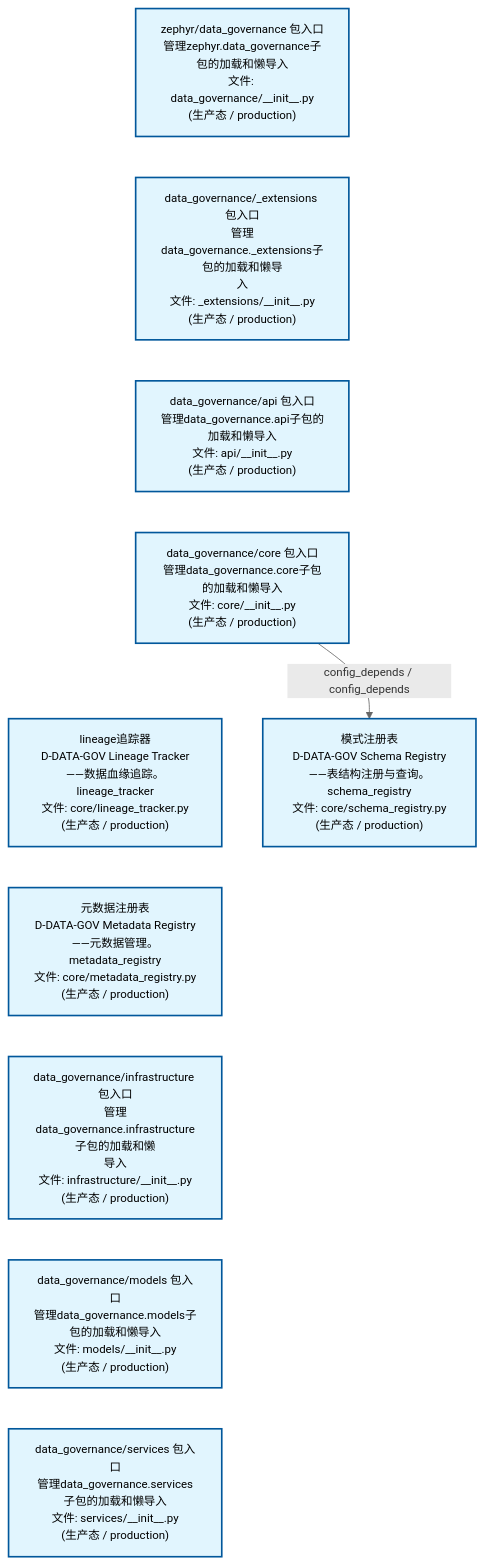
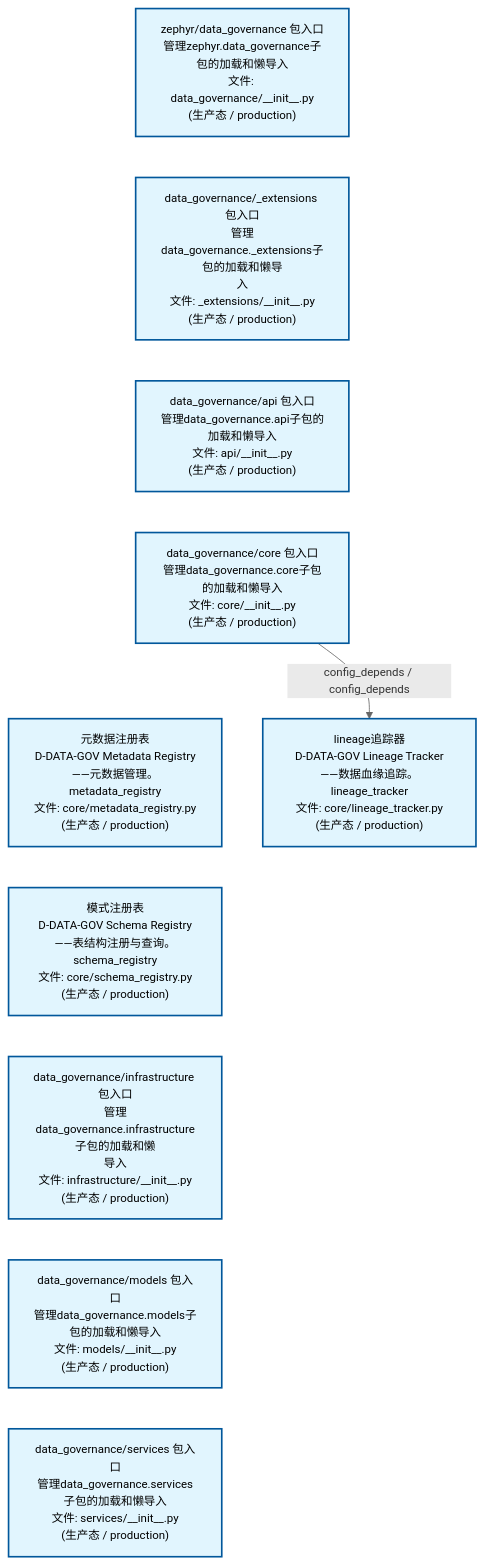
The first of 2 diagrams in docs/02_enterprise_architecture/02_domain_architecture_docs/13_d_data_gov.md (xuanFelixVan/ZephyrAlpha), drawn with Mermaid before and after one commit. The commit also changed other lines of this file and 45 other files, not shown here.

````diff
--- a/docs/02_enterprise_architecture/02_domain_architecture_docs/13_d_data_gov.md
+++ b/docs/02_enterprise_architecture/02_domain_architecture_docs/13_d_data_gov.md
@@ -53,28 +53,28 @@
 ```mermaid
 %%{init: {'theme': 'base', 'themeVariables': {'primaryColor': '#eaeaea', 'primaryTextColor': '#333333', 'primaryBorderColor': '#666666', 'lineColor': '#666666', 'secondaryColor': '#eaeaea', 'tertiaryColor': '#eaeaea', 'fontSize': '14px'}}}%%
 flowchart TD
     src_zephyr_data_governance_init_py["zephyr/data_governance 包入口<br/>管理zephyr.data_governance子包的加载和懒导入<br/>文件: data_governance/__init__.py<br/>(生产态 / production)"]
     src_zephyr_data_governance_extensions_init_py["data_governance/_extensions 包入口<br/>管理data_governance._extensions子包的加载和懒导<br/>入<br/>文件: _extensions/__init__.py<br/>(生产态 / production)"]
     src_zephyr_data_governance_api_init_py["data_governance/api 包入口<br/>管理data_governance.api子包的加载和懒导入<br/>文件: api/__init__.py<br/>(生产态 / production)"]
     src_zephyr_data_governance_core_init_py["data_governance/core 包入口<br/>管理data_governance.core子包的加载和懒导入<br/>文件: core/__init__.py<br/>(生产态 / production)"]
-    src_zephyr_data_governance_core_lineage_tracker_py["lineage追踪器<br/>D-DATA-GOV Lineage Tracker——数据血缘追踪。<br/>lineage_tracker<br/>文件: core/lineage_tracker.py<br/>(生产态 / production)"]
     src_zephyr_data_governance_core_metadata_registry_py["元数据注册表<br/>D-DATA-GOV Metadata Registry——元数据管理。<br/>metadata_registry<br/>文件: core/metadata_registry.py<br/>(生产态 / production)"]
+    src_zephyr_data_governance_core_schema_registry_py["模式注册表<br/>D-DATA-GOV Schema Registry——表结构注册与查询。<br/>schema_registry<br/>文件: core/schema_registry.py<br/>(生产态 / production)"]
     src_zephyr_data_governance_infrastructure_init_py["data_governance/infrastructure 包入口<br/>管理data_governance.infrastructure子包的加载和懒<br/>导入<br/>文件: infrastructure/__init__.py<br/>(生产态 / production)"]
     src_zephyr_data_governance_models_init_py["data_governance/models 包入口<br/>管理data_governance.models子包的加载和懒导入<br/>文件: models/__init__.py<br/>(生产态 / production)"]
     src_zephyr_data_governance_services_init_py["data_governance/services 包入口<br/>管理data_governance.services子包的加载和懒导入<br/>文件: services/__init__.py<br/>(生产态 / production)"]
     src_zephyr_data_governance_init_py ~~~ src_zephyr_data_governance_extensions_init_py
     src_zephyr_data_governance_extensions_init_py ~~~ src_zephyr_data_governance_api_init_py
     src_zephyr_data_governance_api_init_py ~~~ src_zephyr_data_governance_core_init_py
-    src_zephyr_data_governance_core_init_py ~~~ src_zephyr_data_governance_core_lineage_tracker_py
-    src_zephyr_data_governance_core_lineage_tracker_py ~~~ src_zephyr_data_governance_core_metadata_registry_py
-    src_zephyr_data_governance_core_metadata_registry_py ~~~ src_zephyr_data_governance_infrastructure_init_py
+    src_zephyr_data_governance_core_init_py ~~~ src_zephyr_data_governance_core_metadata_registry_py
+    src_zephyr_data_governance_core_metadata_registry_py ~~~ src_zephyr_data_governance_core_schema_registry_py
+    src_zephyr_data_governance_core_schema_registry_py ~~~ src_zephyr_data_governance_infrastructure_init_py
     src_zephyr_data_governance_infrastructure_init_py ~~~ src_zephyr_data_governance_models_init_py
     src_zephyr_data_governance_models_init_py ~~~ src_zephyr_data_governance_services_init_py
-    src_zephyr_data_governance_core_schema_registry_py["模式注册表<br/>D-DATA-GOV Schema Registry——表结构注册与查询。<br/>schema_registry<br/>文件: core/schema_registry.py<br/>(生产态 / production)"]
-    src_zephyr_data_governance_core_init_py -->|config_depends / config_depends| src_zephyr_data_governance_core_schema_registry_py
+    src_zephyr_data_governance_core_lineage_tracker_py["lineage追踪器<br/>D-DATA-GOV Lineage Tracker——数据血缘追踪。<br/>lineage_tracker<br/>文件: core/lineage_tracker.py<br/>(生产态 / production)"]
+    src_zephyr_data_governance_core_init_py -->|config_depends / config_depends| src_zephyr_data_governance_core_lineage_tracker_py
     classDef production fill:#e1f5fe,stroke:#01579b,stroke-width:2px,color:#000
     classDef design fill:#fff3e0,stroke:#e65100,stroke-width:2px,color:#000,stroke-dasharray: 5 5
     classDef external_prod fill:#e8f4fd,stroke:#0277bd,stroke-width:1px,color:#000
     classDef external_design fill:#fff8e7,stroke:#ef6c00,stroke-width:1px,color:#000,stroke-dasharray: 5 5
     class src_zephyr_data_governance_init_py,src_zephyr_data_governance_extensions_init_py,src_zephyr_data_governance_api_init_py,src_zephyr_data_governance_core_init_py,src_zephyr_data_governance_core_lineage_tracker_py,src_zephyr_data_governance_core_metadata_registry_py,src_zephyr_data_governance_core_schema_registry_py,src_zephyr_data_governance_infrastructure_init_py,src_zephyr_data_governance_models_init_py,src_zephyr_data_governance_services_init_py production
 ```
````
